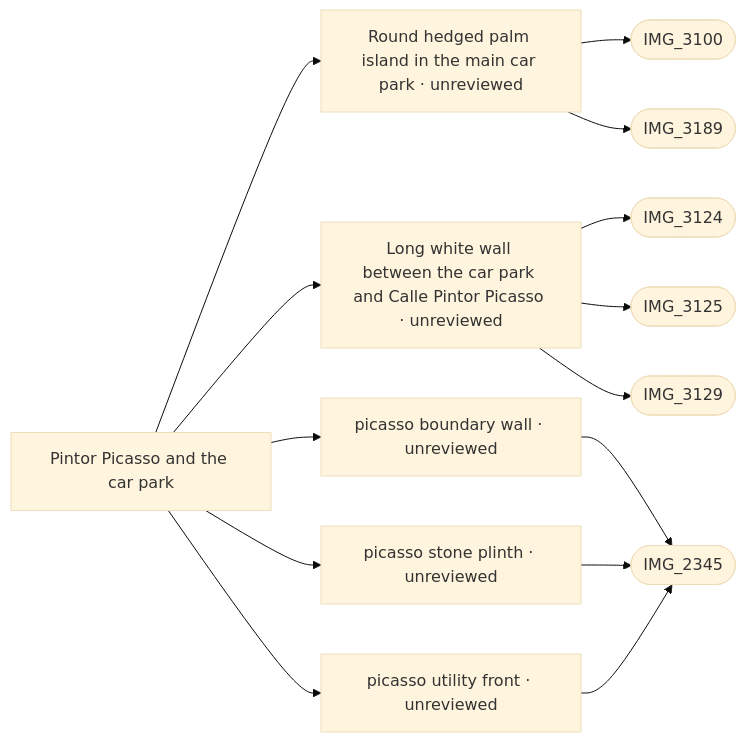
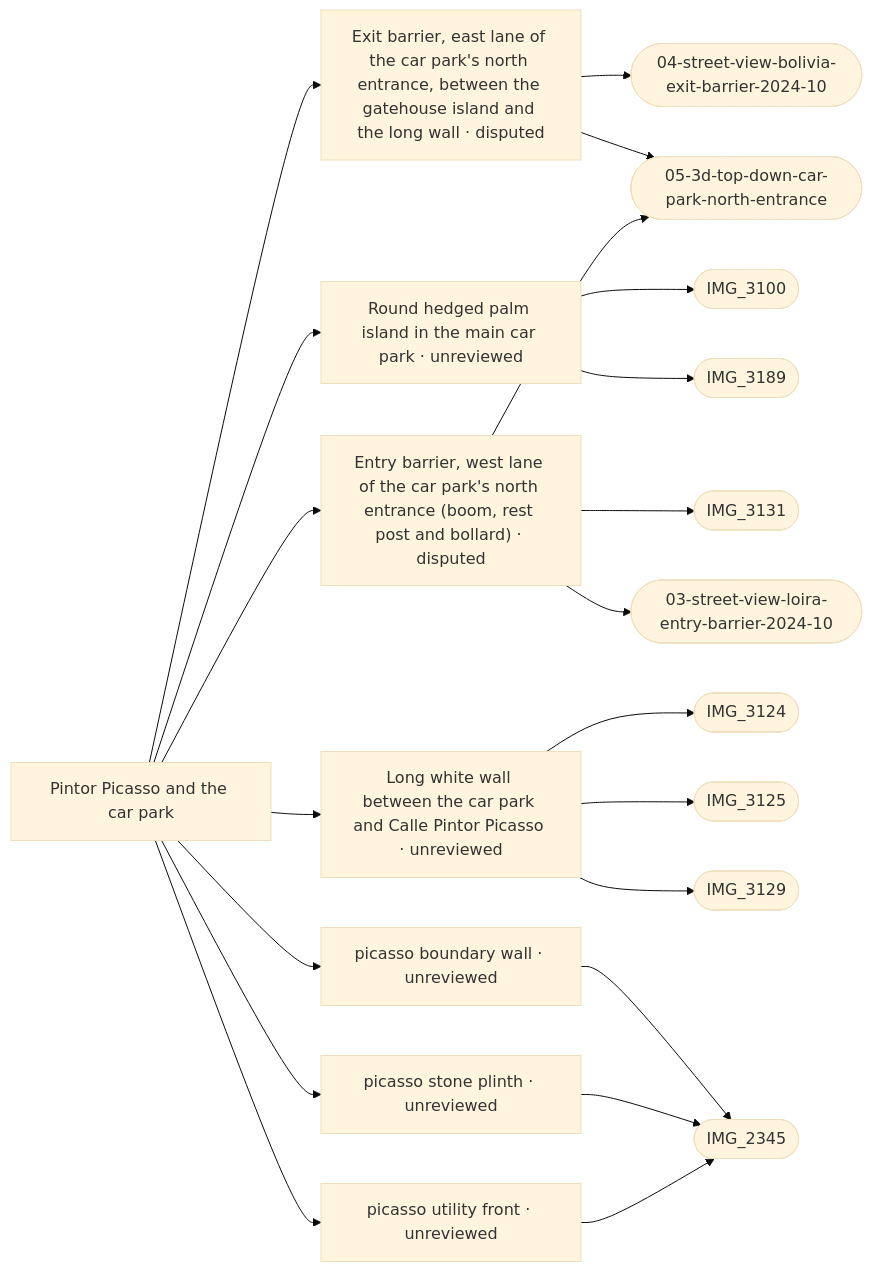
The diagram in refs/areas/picasso.md (daveyboyc/villacana-venture), drawn with Mermaid (base theme) before and after one commit. The commit also changed other lines of this file and 56 other files, not shown here.

First line of the commit message:
Main car park: entry and exit security barriers (asset and placement) (#301)

````diff
--- a/refs/areas/picasso.md
+++ b/refs/areas/picasso.md
@@ -37,17 +41,24 @@
 ```mermaid
 graph LR
   A["Pintor Picasso and the car park"]
-  A --> F0["Round hedged palm island in the main car park · unreviewed"]
-  F0 --> PIMG_3100_jpg(["IMG_3100"])
-  F0 --> PIMG_3189_jpg(["IMG_3189"])
-  A --> F1["Long white wall between the car park and Calle Pintor Picasso · unreviewed"]
-  F1 --> PIMG_3124_jpg(["IMG_3124"])
-  F1 --> PIMG_3125_jpg(["IMG_3125"])
-  F1 --> PIMG_3129_jpg(["IMG_3129"])
-  A --> F2["picasso boundary wall · unreviewed"]
-  F2 --> PIMG_2345_jpg(["IMG_2345"])
-  A --> F3["picasso stone plinth · unreviewed"]
-  F3 --> PIMG_2345_jpg(["IMG_2345"])
-  A --> F4["picasso utility front · unreviewed"]
+  A --> F0["Exit barrier, east lane of the car park's north entrance, between the gatehouse island and the long wall · disputed"]
+  F0 --> Pref_google_maps_04_street_view_bolivia_exit_barrier_2024_10_jpg(["04-street-view-bolivia-exit-barrier-2024-10"])
+  F0 --> Pref_google_maps_05_3d_top_down_car_park_north_entrance_jpg(["05-3d-top-down-car-park-north-entrance"])
+  A --> F1["Round hedged palm island in the main car park · unreviewed"]
+  F1 --> PIMG_3100_jpg(["IMG_3100"])
+  F1 --> PIMG_3189_jpg(["IMG_3189"])
+  A --> F2["Entry barrier, west lane of the car park's north entrance (boom, rest post and bollard) · disputed"]
+  F2 --> PIMG_3131_jpg(["IMG_3131"])
+  F2 --> Pref_google_maps_03_street_view_loira_entry_barrier_2024_10_jpg(["03-street-view-loira-entry-barrier-2024-10"])
+  F2 --> Pref_google_maps_05_3d_top_down_car_park_north_entrance_jpg(["05-3d-top-down-car-park-north-entrance"])
+  A --> F3["Long white wall between the car park and Calle Pintor Picasso · unreviewed"]
+  F3 --> PIMG_3124_jpg(["IMG_3124"])
+  F3 --> PIMG_3125_jpg(["IMG_3125"])
+  F3 --> PIMG_3129_jpg(["IMG_3129"])
+  A --> F4["picasso boundary wall · unreviewed"]
   F4 --> PIMG_2345_jpg(["IMG_2345"])
+  A --> F5["picasso stone plinth · unreviewed"]
+  F5 --> PIMG_2345_jpg(["IMG_2345"])
+  A --> F6["picasso utility front · unreviewed"]
+  F6 --> PIMG_2345_jpg(["IMG_2345"])
 ```
````
